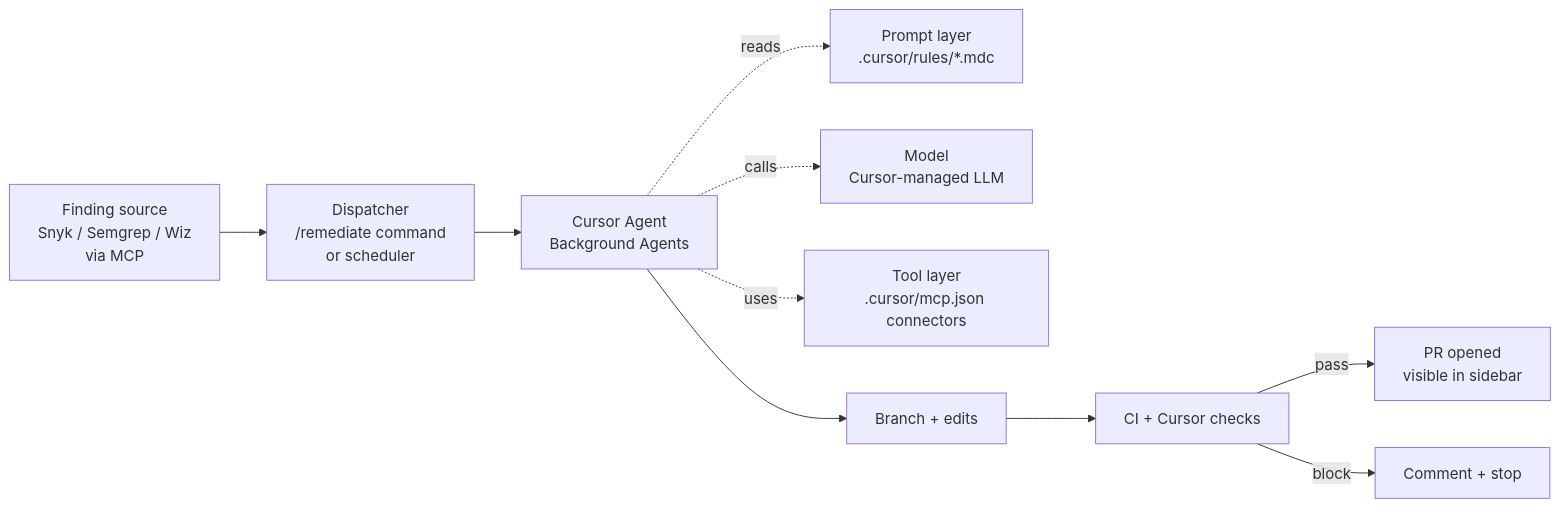
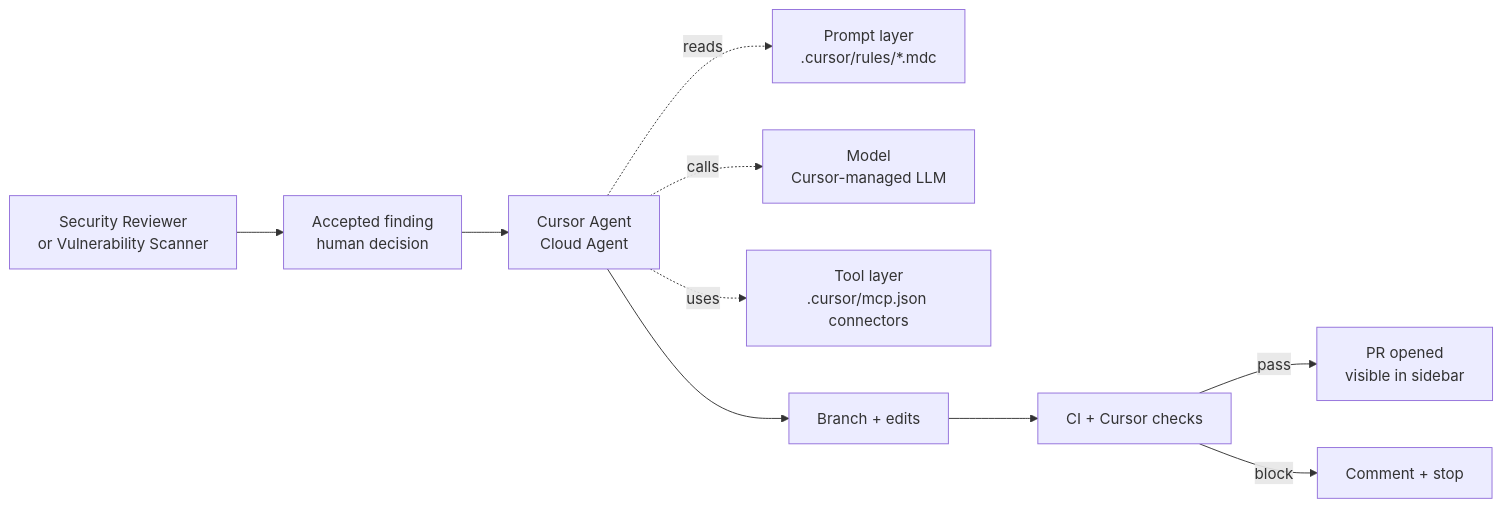
Before and after one commit to stevologic/security-recipes.ai: the diagram in content/cursor/_index.md, drawn with Mermaid. The commit also changed other lines of this file and 519 other files, not shown here.

````diff
--- a/content/cursor/_index.md
+++ b/content/cursor/_index.md
@@ -372,12 +332,12 @@
 ```mermaid
 flowchart LR
-    A[Finding source<br/>Snyk / Semgrep / Wiz<br/>via MCP] --> B[Dispatcher<br/>/remediate command<br/>or scheduler]
-    B --> C[Cursor Agent<br/>Background Agents]
+    A[Security Reviewer<br/>or Vulnerability Scanner] --> B[Accepted finding<br/>human decision]
+    B --> C[Cursor Agent<br/>Cloud Agent]
     C -.reads.-> P[Prompt layer<br/>.cursor/rules/*.mdc]
     C -.calls.-> M[Model<br/>Cursor-managed LLM]
     C -.uses.-> T[Tool layer<br/>.cursor/mcp.json connectors]
     C --> D[Branch + edits]
     D --> E[CI + Cursor checks]
     E -->|pass| F[PR opened<br/>visible in sidebar]
     E -->|block| G[Comment + stop]
 ```
````
